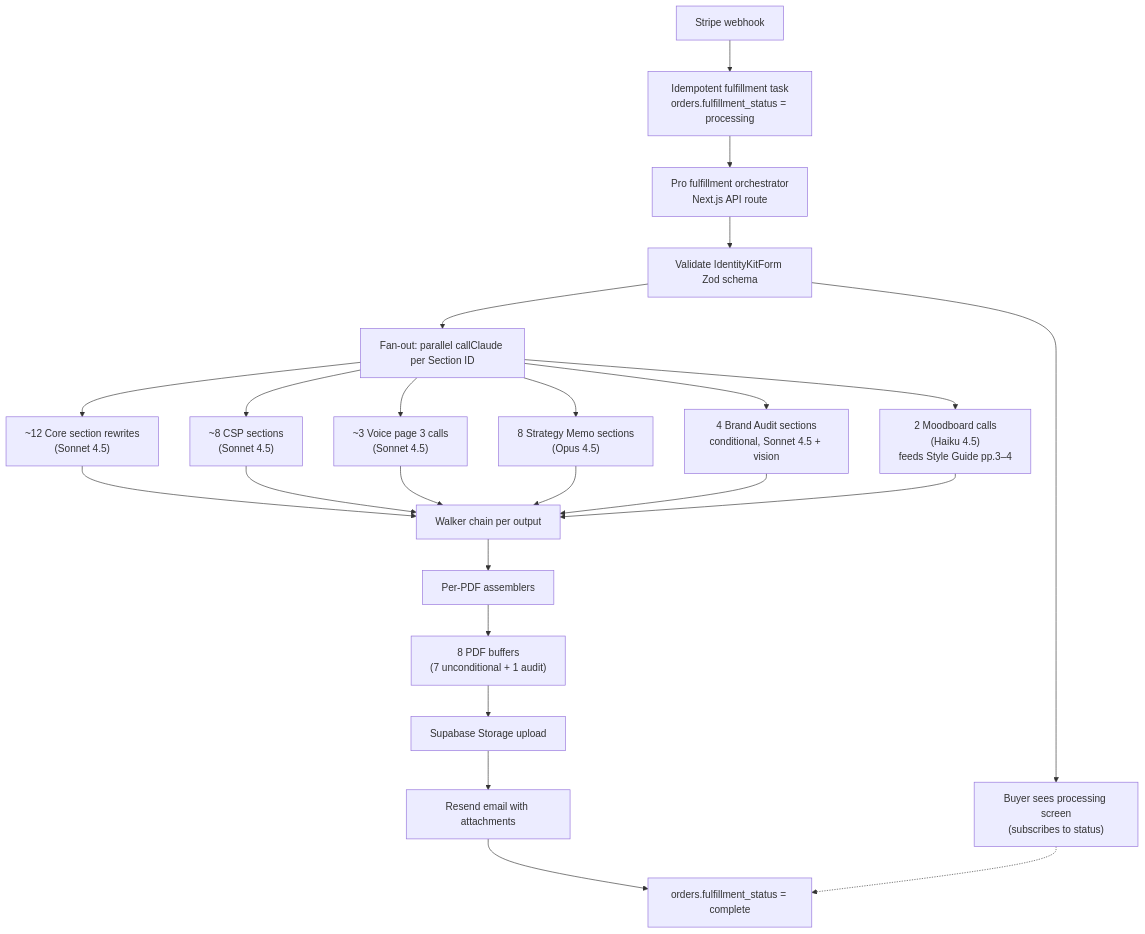
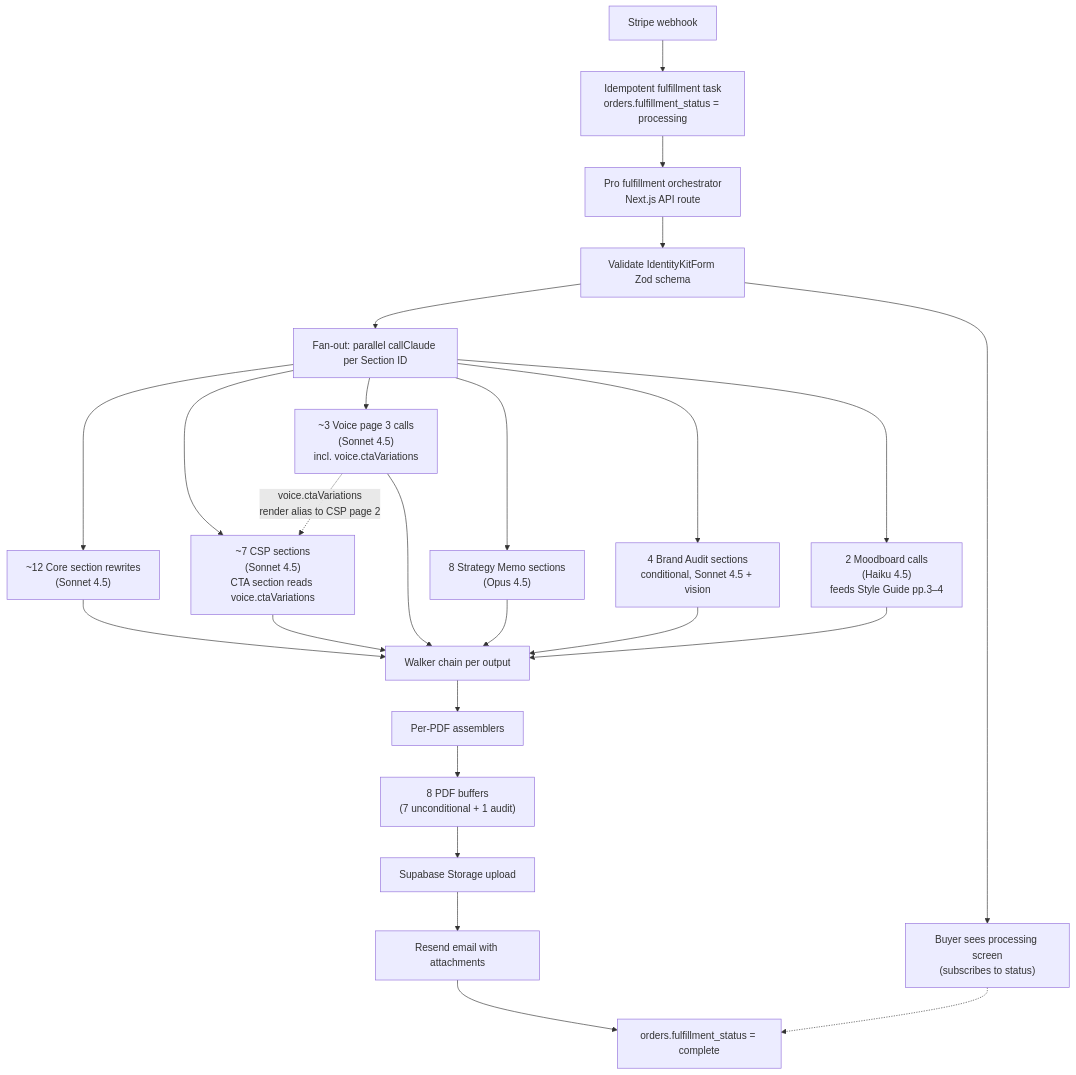
The diagram in docs/research/PRO_FULFILLMENT_ORCHESTRATION.md (harleyfan91/brand-alchemy-identity-kit), drawn with Mermaid before and after one commit. The commit also changed other lines of this file and 21 other files, not shown here.

````diff
--- a/docs/research/PRO_FULFILLMENT_ORCHESTRATION.md
+++ b/docs/research/PRO_FULFILLMENT_ORCHESTRATION.md
@@ -28,30 +28,32 @@
 ```mermaid
 flowchart TD
   Webhook[Stripe webhook] --> Idempotent[Idempotent fulfillment task<br/>orders.fulfillment_status = processing]
   Idempotent --> Orchestrator[Pro fulfillment orchestrator<br/>Next.js API route]
   Orchestrator --> Schema[Validate IdentityKitForm Zod schema]
   Schema --> ProcessingScreen["Buyer sees processing screen<br/>(subscribes to status)"]
   Schema --> FanOut[Fan-out: parallel callClaude per Section ID]
 
   FanOut --> CoreRewrites["~12 Core section rewrites<br/>(Sonnet 4.5)"]
-  FanOut --> CSP["~8 CSP sections<br/>(Sonnet 4.5)"]
-  FanOut --> Voice3["~3 Voice page 3 calls<br/>(Sonnet 4.5)"]
+  FanOut --> CSP["~7 CSP sections<br/>(Sonnet 4.5)<br/>CTA section reads voice.ctaVariations"]
+  FanOut --> Voice3["~3 Voice page 3 calls<br/>(Sonnet 4.5)<br/>incl. voice.ctaVariations"]
   FanOut --> Memo["8 Strategy Memo sections<br/>(Opus 4.5)"]
   FanOut --> Audit["4 Brand Audit sections<br/>conditional, Sonnet 4.5 + vision"]
   FanOut --> Moodboard["2 Moodboard calls<br/>(Haiku 4.5)<br/>feeds Style Guide pp.3–4"]
 
   CoreRewrites --> Walkers[Walker chain per output]
   CSP --> Walkers
   Voice3 --> Walkers
   Memo --> Walkers
   Audit --> Walkers
   Moodboard --> Walkers
 
+  Voice3 -.->|"voice.ctaVariations<br/>render alias to CSP page 2"| CSP
+
   Walkers --> Assemblers[Per-PDF assemblers]
   Assemblers --> PDFs["8 PDF buffers<br/>(7 unconditional + 1 audit)"]
   PDFs --> Storage[Supabase Storage upload]
   Storage --> Email[Resend email with attachments]
   Email --> Complete[orders.fulfillment_status = complete]
 
   ProcessingScreen -.-> Complete
 ```
````
